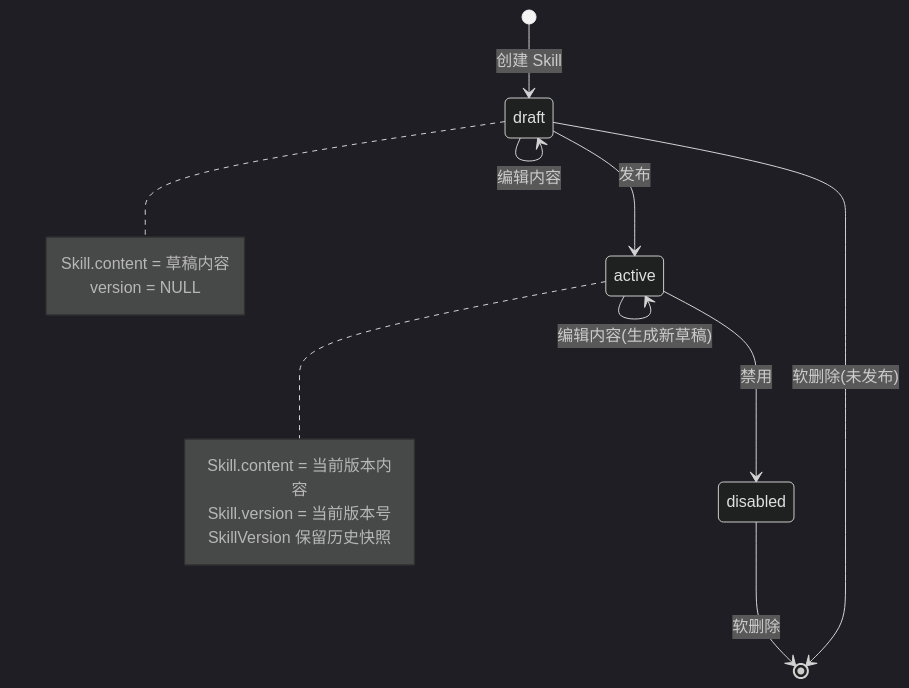
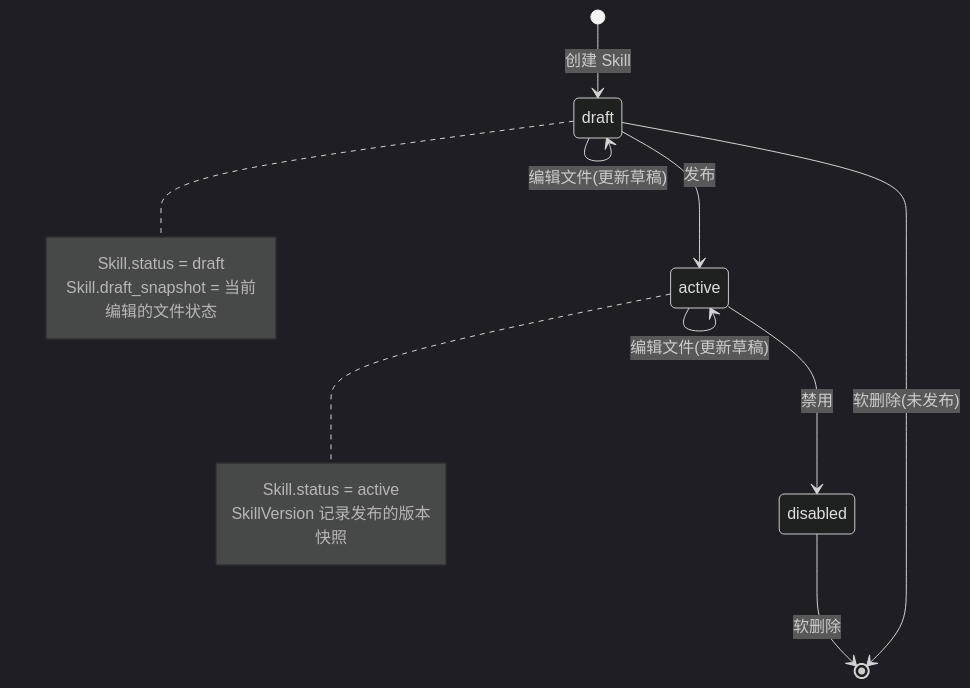
Before and after one commit to zhaoxin34/matrix: the second of 4 diagrams in neo/design/docs/product/admin/skills-overview.md, drawn with Mermaid (dark theme). The commit also changed other lines of this file and 2 other files, not shown here.

````diff
--- a/neo/design/docs/product/admin/skills-overview.md
+++ b/neo/design/docs/product/admin/skills-overview.md
@@ -82,22 +173,21 @@
 ```mermaid
 stateDiagram-v2
     [*] --> draft: 创建 Skill
-    draft --> draft: 编辑内容
+    draft --> draft: 编辑文件(更新草稿)
     draft --> active: 发布
-    active --> active: 编辑内容(生成新草稿)
+    active --> active: 编辑文件(更新草稿)
     active --> disabled: 禁用
     disabled --> [*]: 软删除
 
     draft --> [*]: 软删除(未发布)
 
     note right of draft
-        Skill.content = 草稿内容
-        version = NULL
+        Skill.status = draft
+        Skill.draft_snapshot = 当前编辑的文件状态
     end note
 
     note right of active
-        Skill.content = 当前版本内容
-        Skill.version = 当前版本号
-        SkillVersion 保留历史快照
+        Skill.status = active
+        SkillVersion 记录发布的版本快照
     end note
 ```
````
